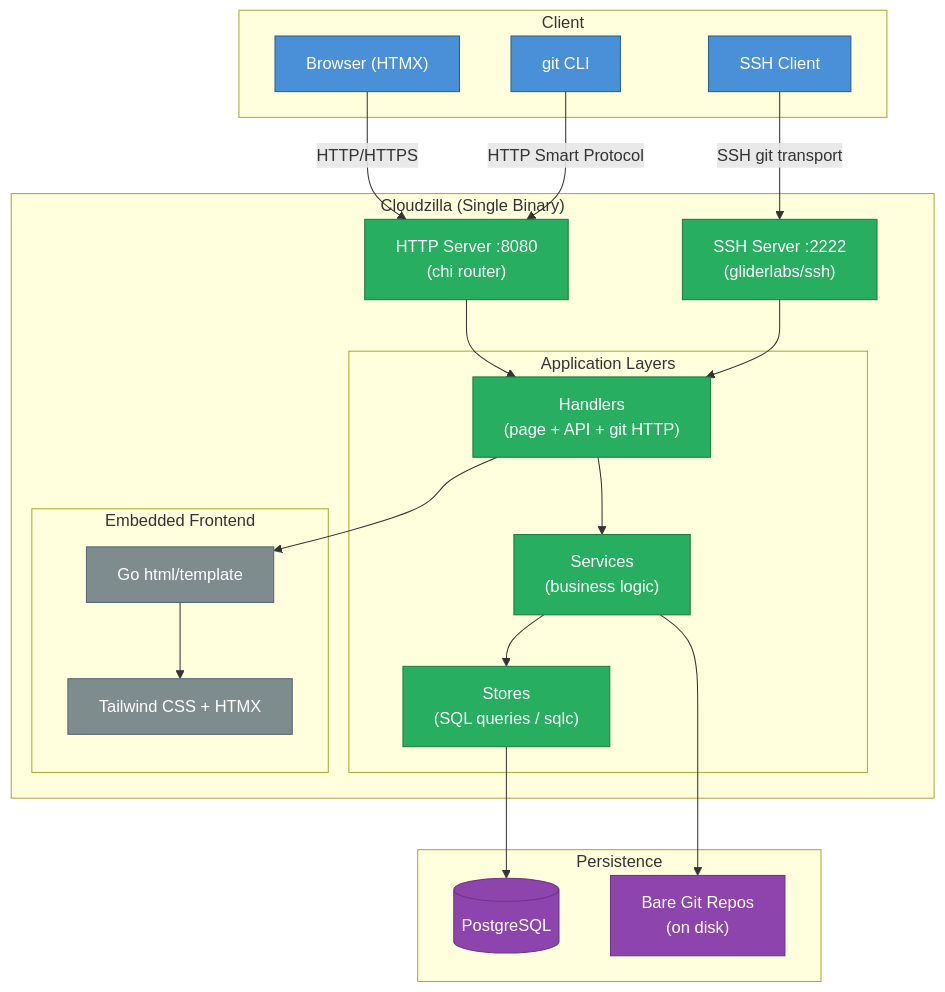
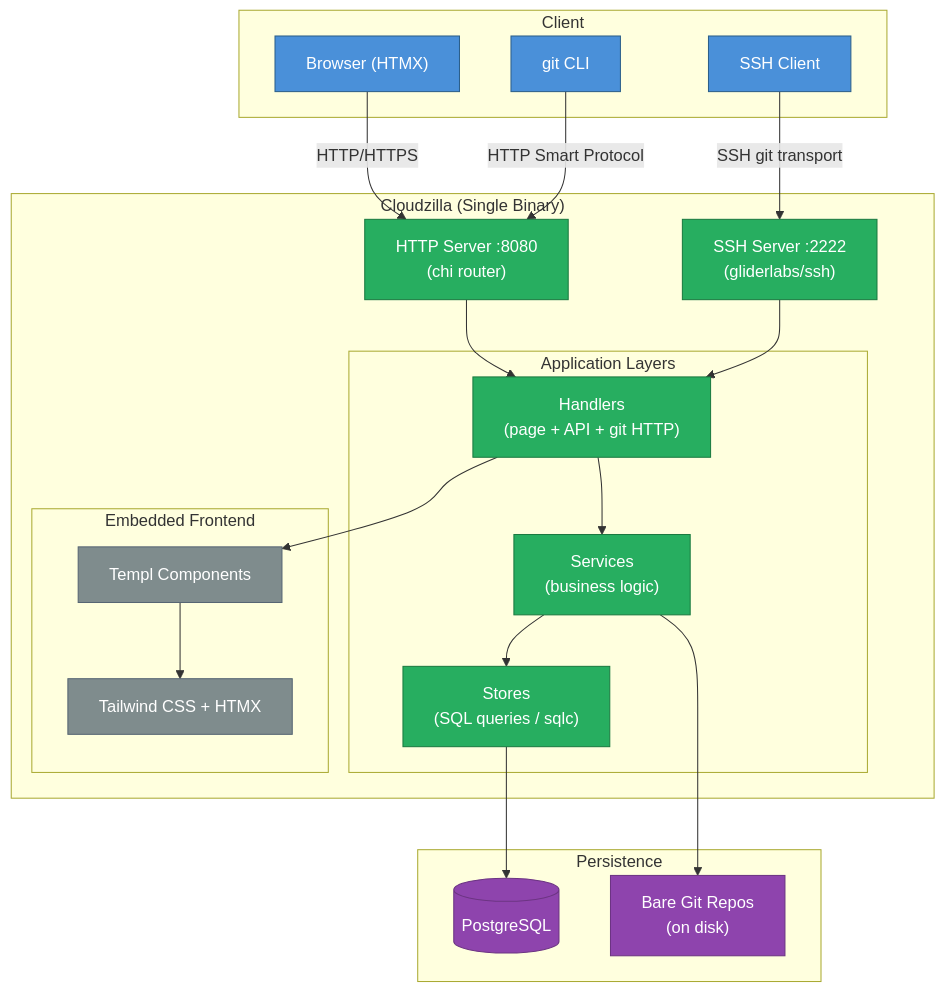
One commit to mkappworks-dev/cloudzilla-app changed the first of 5 diagrams in README.md. Above: the diagram before and after it, drawn with Mermaid. The commit also changed other lines of this file and 2 other files, not shown here.

First line of the commit message:
docs: update roadmap, README, and CLAUDE.md for phases 7–8.1 completion

````diff
--- a/README.md
+++ b/README.md
@@ -13,52 +13,52 @@
 ```mermaid
 graph TB
     subgraph Client["Client"]
         Browser["Browser (HTMX)"]
         GitCLI["git CLI"]
         SSHCLI["SSH Client"]
     end
 
     subgraph Cloudzilla["Cloudzilla (Single Binary)"]
         HTTP["HTTP Server :8080\n(chi router)"]
         SSH["SSH Server :2222\n(gliderlabs/ssh)"]
 
         subgraph Layers["Application Layers"]
             Handler["Handlers\n(page + API + git HTTP)"]
             Service["Services\n(business logic)"]
             Store["Stores\n(SQL queries / sqlc)"]
         end
 
         subgraph Frontend["Embedded Frontend"]
-            Templates["Go html/template"]
+            Templates["Templ Components"]
             Static["Tailwind CSS + HTMX"]
         end
     end
 
     subgraph Data["Persistence"]
         PG[("PostgreSQL")]
         Repos["Bare Git Repos\n(on disk)"]
     end
 
     Browser -->|"HTTP/HTTPS"| HTTP
     GitCLI -->|"HTTP Smart Protocol"| HTTP
     SSHCLI -->|"SSH git transport"| SSH
 
     HTTP --> Handler
     SSH --> Handler
     Handler --> Service
     Service --> Store
     Store --> PG
     Service --> Repos
     Handler --> Templates
     Templates --> Static
 
     classDef client fill:#4A90D9,stroke:#2C5F8A,color:#fff
     classDef server fill:#27AE60,stroke:#1A7A40,color:#fff
     classDef data fill:#8E44AD,stroke:#6C3483,color:#fff
     classDef frontend fill:#7F8C8D,stroke:#566573,color:#fff
 
     class Browser,GitCLI,SSHCLI client
     class HTTP,SSH,Handler,Service,Store server
     class PG,Repos data
     class Templates,Static frontend
 ```
````
